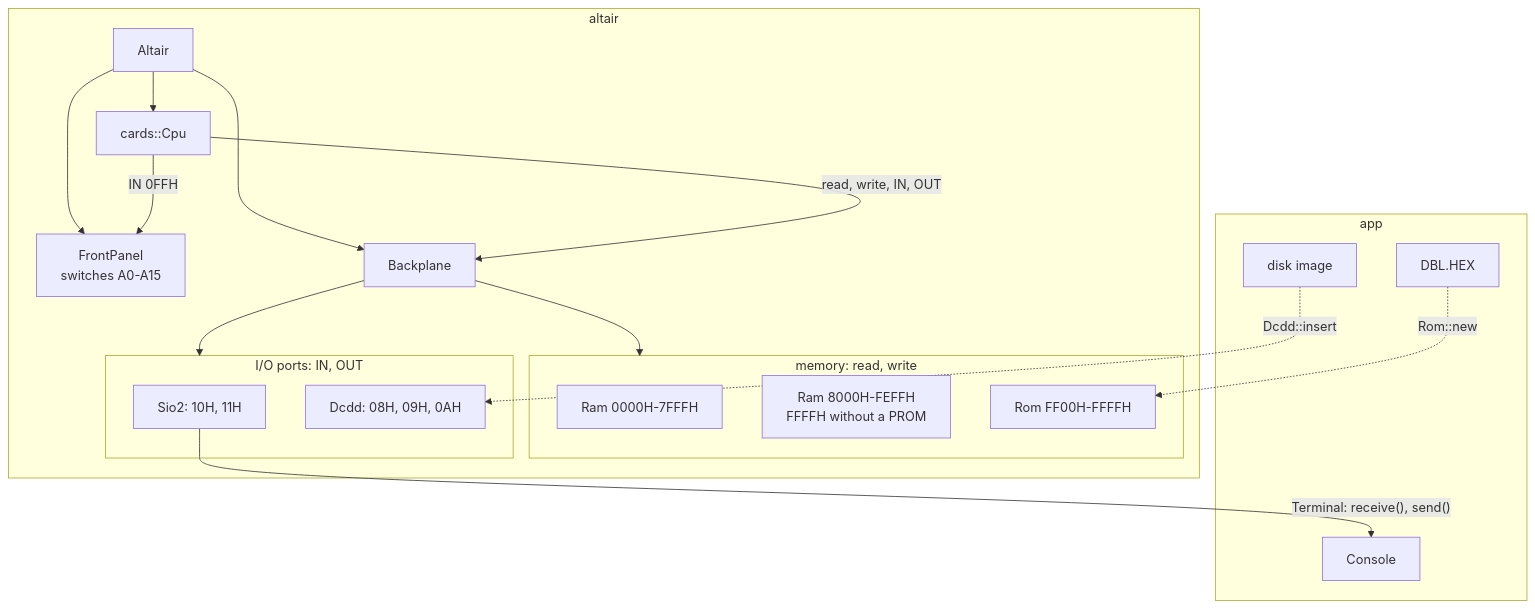
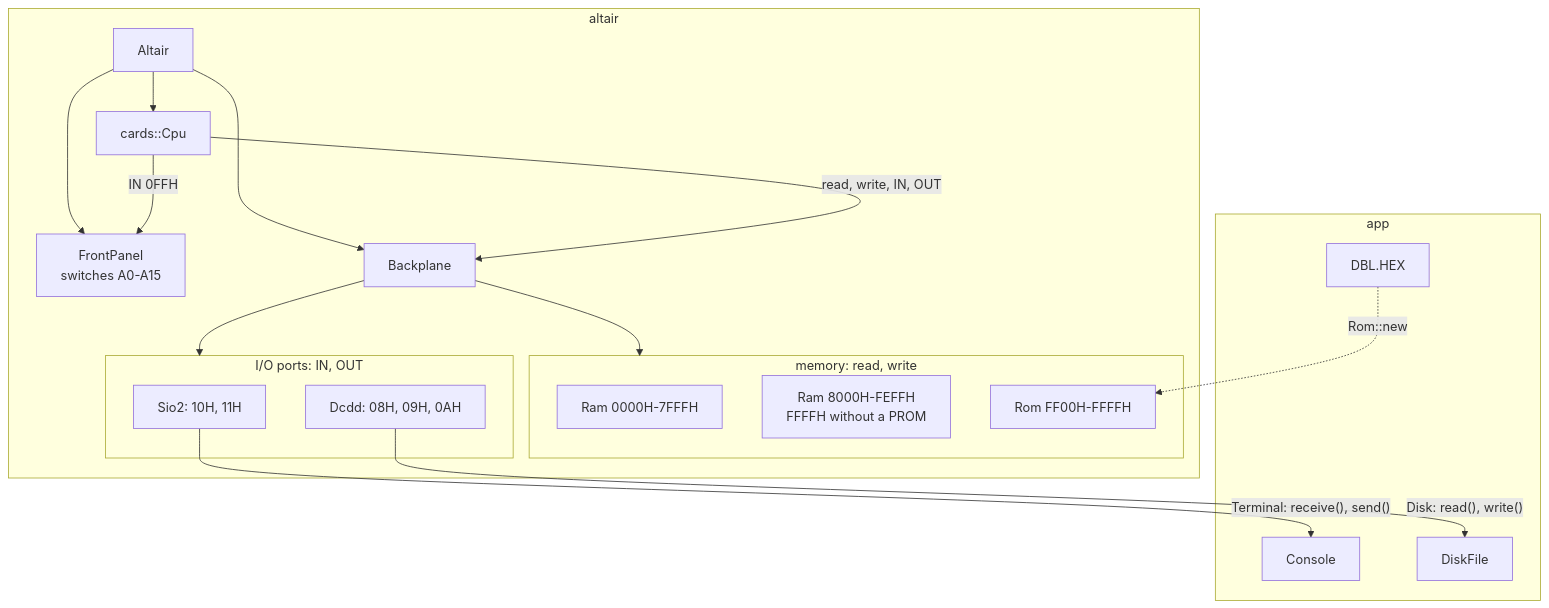
The first of 5 diagrams in docs/architecture.md (nazarslota/i8080), drawn with Mermaid before and after one commit. The commit also changed other lines of this file and 9 other files, not shown here.

First line of the commit message:
Write disk changes straight to the image file

````diff
--- a/docs/architecture.md
+++ b/docs/architecture.md
@@ -52,34 +52,34 @@
 ```mermaid
 flowchart TB
     subgraph app["app"]
         console["Console"]
         hex["DBL.HEX"]
-        dsk["disk image"]
+        dsk["DiskFile"]
     end
 
     subgraph altair["altair"]
         machine["Altair"] --> cpu["cards::Cpu"]
         machine --> panel["FrontPanel<br/>switches A0-A15"]
         machine --> backplane["Backplane"]
         cpu -- "IN 0FFH" --> panel
         cpu -- "read, write, IN, OUT" --> backplane
 
         subgraph memory["memory: read, write"]
             ram1["Ram 0000H-7FFFH"]
             ram2["Ram 8000H-FEFFH<br/>FFFFH without a PROM"]
             rom["Rom FF00H-FFFFH"]
         end
 
         subgraph ports["I/O ports: IN, OUT"]
             sio["Sio2: 10H, 11H"]
             dcdd["Dcdd: 08H, 09H, 0AH"]
         end
 
         backplane --> memory
         backplane --> ports
     end
 
     sio -- "Terminal: receive(), send()" --> console
+    dcdd -- "Disk: read(), write()" --> dsk
     hex -. "Rom::new" .-> rom
-    dsk -. "Dcdd::insert" .-> dcdd
 ```
````
